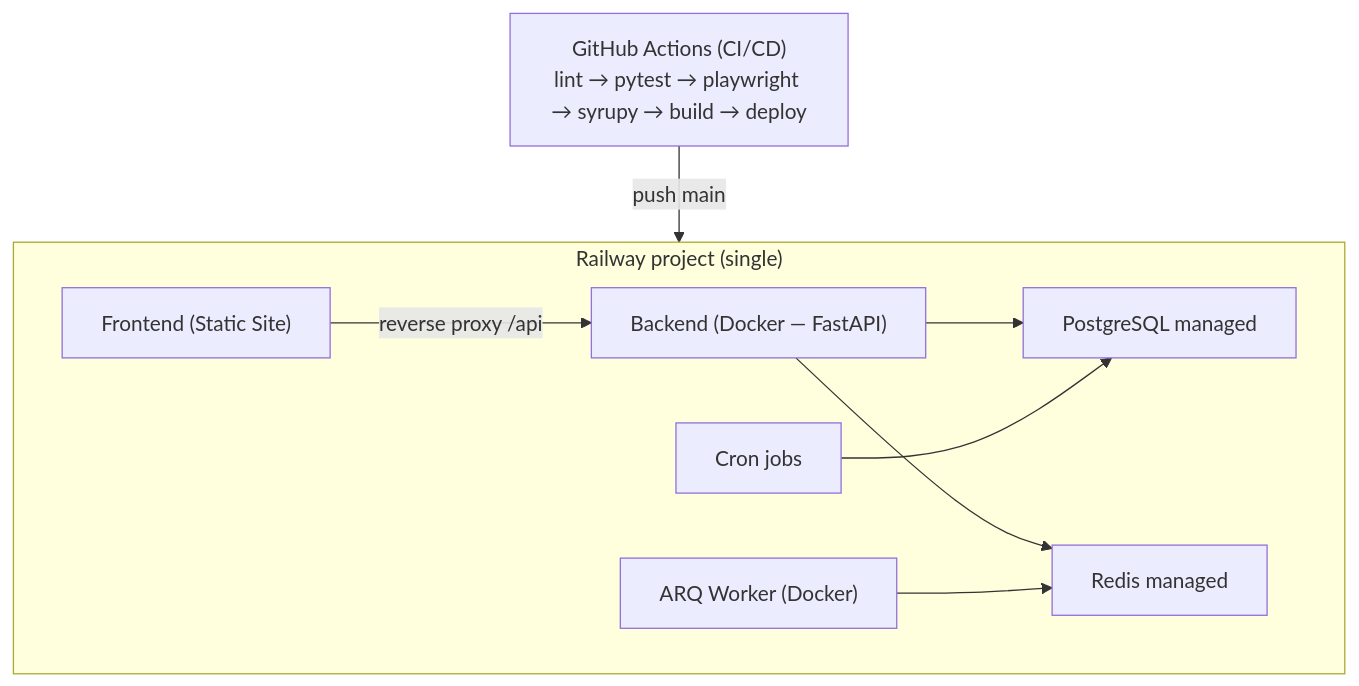
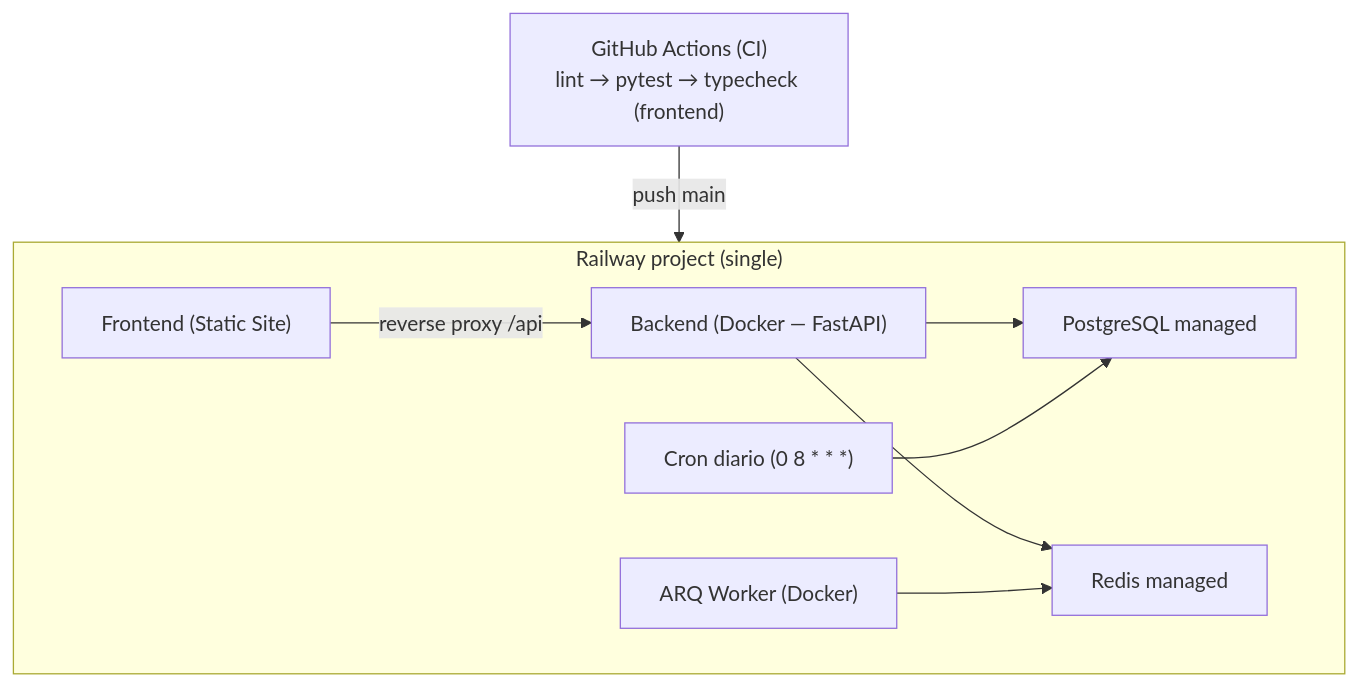
Before and after one commit to LIDR-academy/AI4Devs-finalproject: the second of 3 diagrams in readme.md, drawn with Mermaid. The commit also changed other lines of this file and 1 other file, not shown here.

````diff
--- a/readme.md
+++ b/readme.md
@@ -244,19 +246,19 @@
 ```mermaid
 flowchart TD
-  GHA["GitHub Actions (CI/CD)<br/>lint → pytest → playwright → syrupy → build → deploy"]
+  GHA["GitHub Actions (CI)<br/>lint → pytest → typecheck (frontend)"]
   subgraph RAILWAY["Railway project (single)"]
     STATIC["Frontend (Static Site)"]
     BACKEND["Backend (Docker — FastAPI)"]
     WORKER["ARQ Worker (Docker)"]
-    CRON["Cron jobs"]
+    CRON["Cron diario (0 8 * * *)"]
     PG["PostgreSQL managed"]
     REDIS["Redis managed"]
   end
 
   GHA -->|push main| RAILWAY
   STATIC -->|reverse proxy /api| BACKEND
   BACKEND --> PG
   BACKEND --> REDIS
   WORKER --> REDIS
   CRON --> PG
 ```
````
